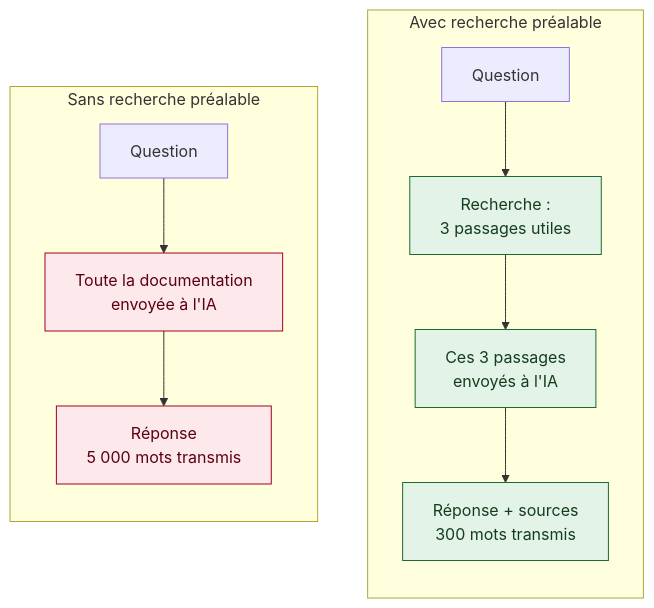
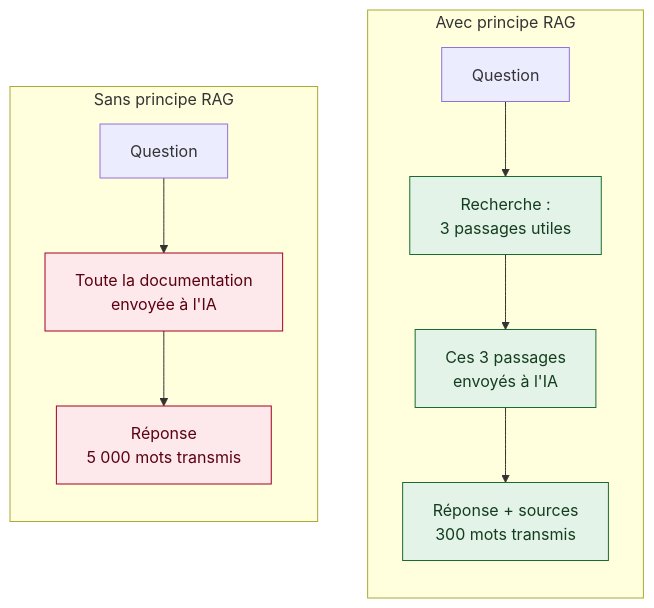
Before and after one commit to margotmc-web/Chatbot_PPV_BC07: the first of 2 diagrams in 04-architecture.md, drawn with Mermaid.

````diff
--- a/04-architecture.md
+++ b/04-architecture.md
@@ -7,17 +7,17 @@
 ```mermaid
 flowchart LR
-    subgraph AV["Sans recherche préalable"]
+    subgraph AV["Sans principe RAG"]
         direction TB
         A1["Question"] --> A2["Toute la documentation<br/>envoyée à l'IA"] --> A3["Réponse<br/>5 000 mots transmis"]
     end
-    subgraph AP["Avec recherche préalable"]
+    subgraph AP["Avec principe RAG"]
         direction TB
         B1["Question"] --> B2["Recherche :<br/>3 passages utiles"] --> B3["Ces 3 passages<br/>envoyés à l'IA"] --> B4["Réponse + sources<br/>300 mots transmis"]
     end
     AV ~~~ AP
 
     classDef ko fill:#fde9ec,stroke:#a1001c,color:#5c0010;
     classDef ok fill:#e4f3e8,stroke:#1a6b2f,color:#143d1f;
     class A2,A3 ko
     class B2,B3,B4 ok
 ```
````
